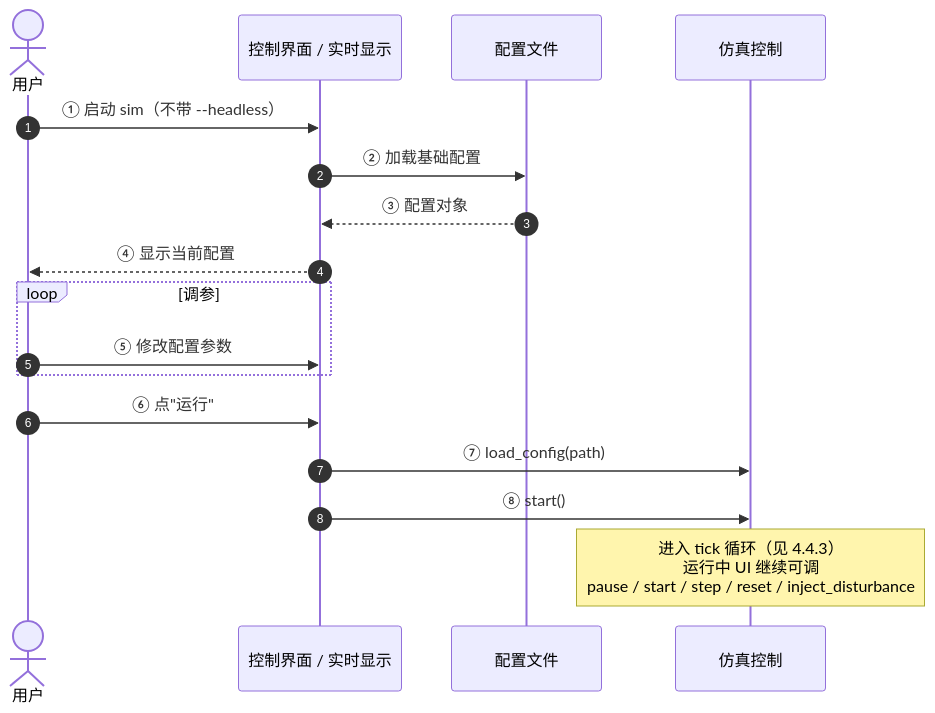
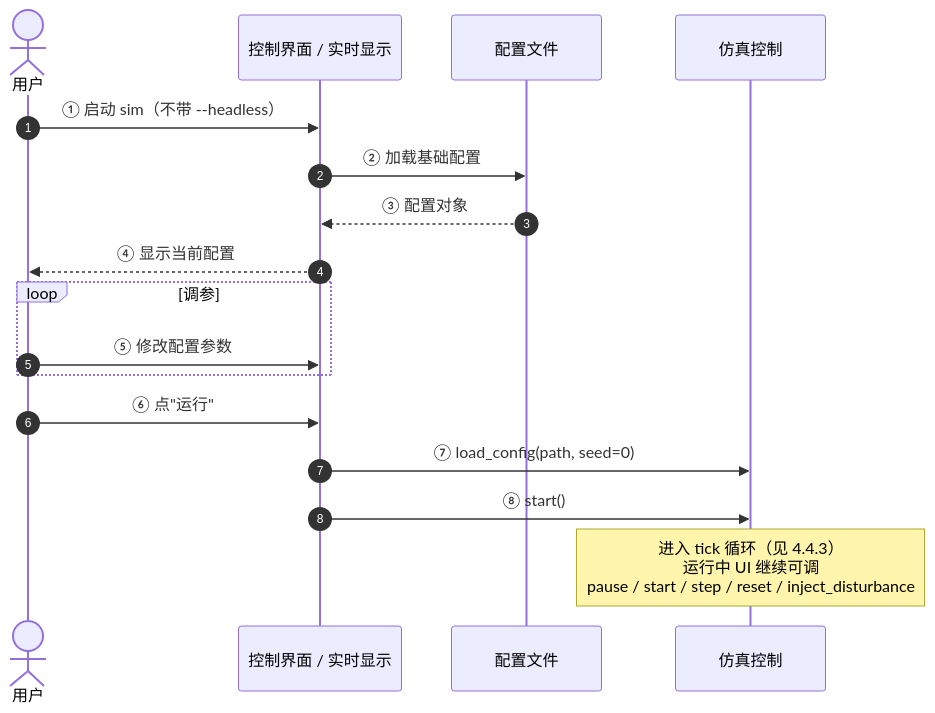
One commit to tanqingkuang/- changed the first of 3 diagrams in docs/0-架构HLD.md. Above: the diagram before and after it, drawn with Mermaid. The commit also changed other lines of this file and 12 other files, not shown here.

````diff
--- a/docs/0-架构HLD.md
+++ b/docs/0-架构HLD.md
@@ -211,22 +211,22 @@
 ```mermaid
 sequenceDiagram
     autonumber
     actor User as 用户
     participant UI as 控制界面 / 实时显示
     participant Cfg as 配置文件
     participant SimCtrl as 仿真控制
 
     User->>UI: ① 启动 sim（不带 --headless）
     UI->>Cfg: ② 加载基础配置
     Cfg-->>UI: ③ 配置对象
     UI-->>User: ④ 显示当前配置
 
     loop 调参
         User->>UI: ⑤ 修改配置参数
     end
 
     User->>UI: ⑥ 点"运行"
-    UI->>SimCtrl: ⑦ load_config(path)
+    UI->>SimCtrl: ⑦ load_config(path, seed=0)
     UI->>SimCtrl: ⑧ start()
     Note over SimCtrl: 进入 tick 循环（见 4.4.3）<br/>运行中 UI 继续可调<br/>pause / start / step / reset / inject_disturbance
 ```
````
